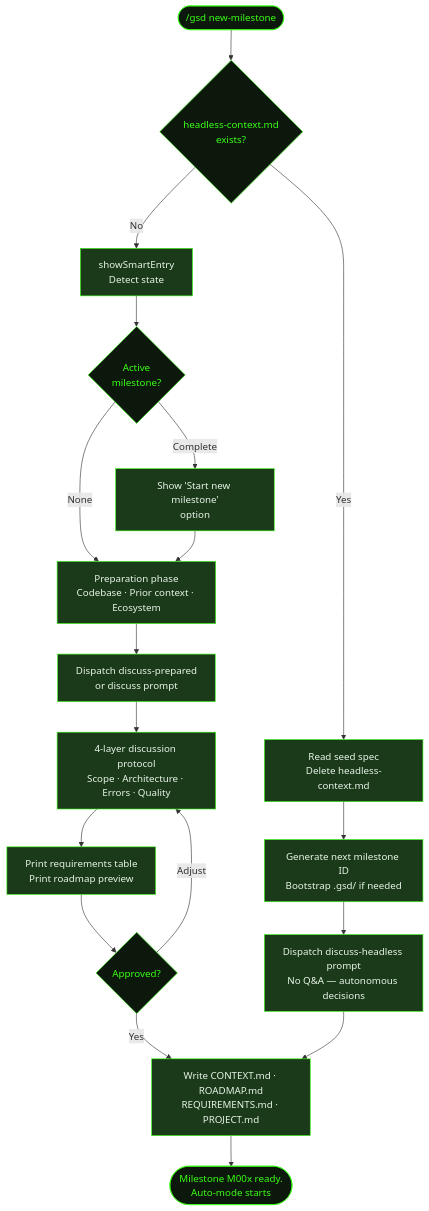
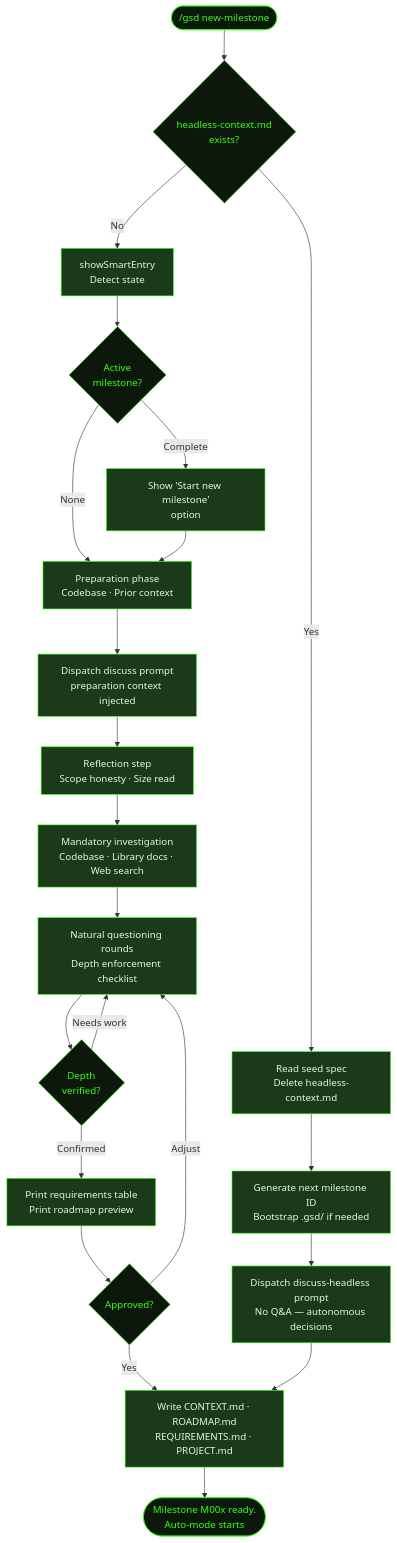
One commit to shusha-group/gsd2-guide changed the diagram in src/content/docs/recipes/new-milestone.mdx. Above: the diagram before and after it, drawn with Mermaid. The commit also changed other lines of this file and 10 other files, not shown here.

````diff
--- a/src/content/docs/recipes/new-milestone.mdx
+++ b/src/content/docs/recipes/new-milestone.mdx
@@ -31,36 +31,43 @@
 ```mermaid
 flowchart TD
     Start(["/gsd new-milestone"]) --> CheckHeadless{headless-context.md\nexists?}
     CheckHeadless -->|Yes| ReadSeed[Read seed spec\nDelete headless-context.md]
     CheckHeadless -->|No| SmartEntry[showSmartEntry\nDetect state]
     ReadSeed --> HeadlessDiscover[Generate next milestone ID\nBootstrap .gsd/ if needed]
     HeadlessDiscover --> HeadlessDispatch[Dispatch discuss-headless prompt\nNo Q&A — autonomous decisions]
     SmartEntry --> StateCheck{Active\nmilestone?}
-    StateCheck -->|None| PrepPhase[Preparation phase\nCodebase · Prior context · Ecosystem]
-    PrepPhase --> DiscussPrompt[Dispatch discuss-prepared\nor discuss prompt]
+    StateCheck -->|None| PrepPhase[Preparation phase\nCodebase · Prior context]
+    PrepPhase --> DiscussPrompt[Dispatch discuss prompt\npreparation context injected]
     StateCheck -->|Complete| NewMilestone[Show 'Start new milestone'\noption]
     NewMilestone --> PrepPhase
-    DiscussPrompt --> QA[4-layer discussion protocol\nScope · Architecture · Errors · Quality]
-    QA --> Preview[Print requirements table\nPrint roadmap preview]
+    DiscussPrompt --> Reflect[Reflection step\nScope honesty · Size read]
+    Reflect --> Investigate[Mandatory investigation\nCodebase · Library docs · Web search]
+    Investigate --> QA[Natural questioning rounds\nDepth enforcement checklist]
+    QA --> DepthVerify{Depth\nverified?}
+    DepthVerify -->|Needs work| QA
+    DepthVerify -->|Confirmed| Preview[Print requirements table\nPrint roadmap preview]
     Preview --> Approve{Approved?}
     Approve -->|Adjust| QA
     Approve -->|Yes| WriteFiles[Write CONTEXT.md · ROADMAP.md\nREQUIREMENTS.md · PROJECT.md]
     HeadlessDispatch --> WriteFiles
     WriteFiles --> AutoStart([Milestone M00x ready.\nAuto-mode starts])
 
     style Start fill:#0d180d,stroke:#39ff14,color:#39ff14
     style AutoStart fill:#0d180d,stroke:#39ff14,color:#39ff14
     style CheckHeadless fill:#0d180d,stroke:#39ff14,color:#39ff14
     style StateCheck fill:#0d180d,stroke:#39ff14,color:#39ff14
     style Approve fill:#0d180d,stroke:#39ff14,color:#39ff14
+    style DepthVerify fill:#0d180d,stroke:#39ff14,color:#39ff14
     style ReadSeed fill:#1a3a1a,stroke:#39ff14,color:#e8f4e8
     style SmartEntry fill:#1a3a1a,stroke:#39ff14,color:#e8f4e8
     style HeadlessDiscover fill:#1a3a1a,stroke:#39ff14,color:#e8f4e8
     style HeadlessDispatch fill:#1a3a1a,stroke:#39ff14,color:#e8f4e8
     style PrepPhase fill:#1a3a1a,stroke:#39ff14,color:#e8f4e8
     style DiscussPrompt fill:#1a3a1a,stroke:#39ff14,color:#e8f4e8
     style NewMilestone fill:#1a3a1a,stroke:#39ff14,color:#e8f4e8
+    style Reflect fill:#1a3a1a,stroke:#39ff14,color:#e8f4e8
+    style Investigate fill:#1a3a1a,stroke:#39ff14,color:#e8f4e8
     style QA fill:#1a3a1a,stroke:#39ff14,color:#e8f4e8
     style Preview fill:#1a3a1a,stroke:#39ff14,color:#e8f4e8
     style WriteFiles fill:#1a3a1a,stroke:#39ff14,color:#e8f4e8
 ```
````
